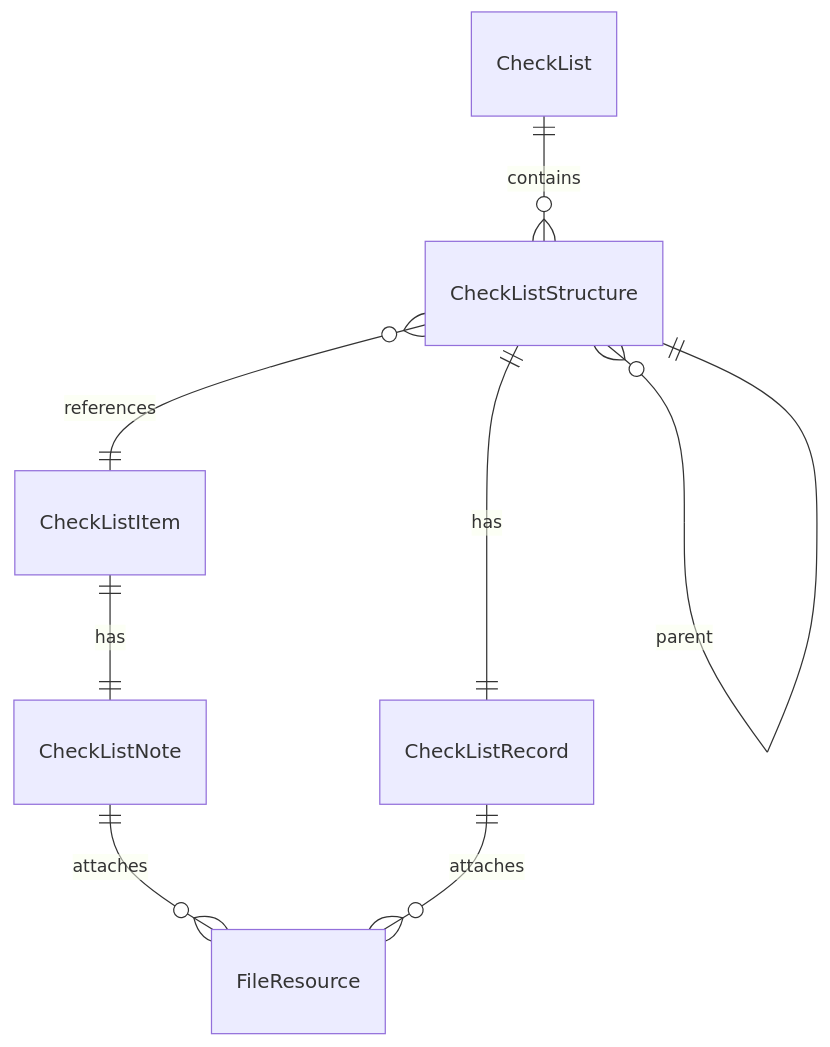
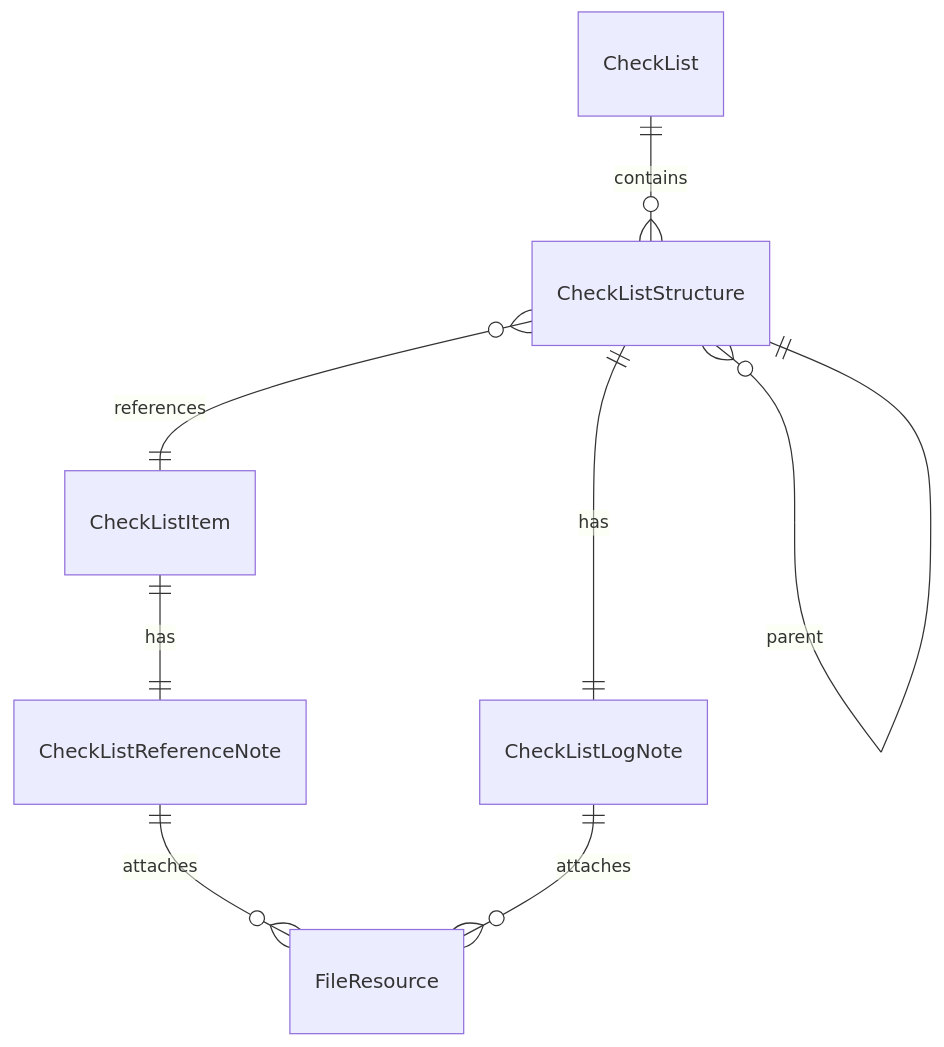
The diagram in docs/Listory_Entity_Design.md (RevTechStudio/Listory), drawn with Mermaid before and after one commit. The commit also changed other lines of this file and 6 other files, not shown here.

````diff
--- a/docs/Listory_Entity_Design.md
+++ b/docs/Listory_Entity_Design.md
@@ -22,11 +22,11 @@
 ```mermaid
 erDiagram
     CheckList ||--o{ CheckListStructure : contains
     CheckListStructure ||--o{ CheckListStructure : has_children
     CheckListStructure }o--|| CheckListStructure : parent
     CheckListStructure }o--|| CheckListItem : references
-    CheckListItem ||--|| CheckListNote : has
-    CheckListStructure ||--|| CheckListRecord : has
-    CheckListNote ||--o{ FileResource : attaches
-    CheckListRecord ||--o{ FileResource : attaches
+    CheckListItem ||--|| CheckListReferenceNote : has
+    CheckListStructure ||--|| CheckListLogNote : has
+    CheckListReferenceNote ||--o{ FileResource : attaches
+    CheckListLogNote ||--o{ FileResource : attaches
 ```
````
